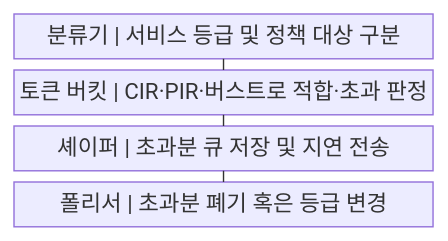
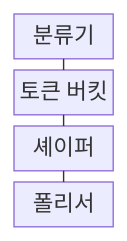
Before and after one commit to agnusdei1207/knowledge-base: the first of 2 diagrams in src/content/docs/notes/04-network/073_traffic_shaping_policing.md, drawn with Mermaid. The commit also changed 122 other files, not shown here.

````diff
--- a/src/content/docs/notes/04-network/073_traffic_shaping_policing.md
+++ b/src/content/docs/notes/04-network/073_traffic_shaping_policing.md
@@ -57,11 +57,11 @@
 ```mermaid
-block
+block-beta
     columns 1
-    A["분류기 | 서비스 등급 및 정책 대상 구분"]
-    B["토큰 버킷 | CIR·PIR·버스트로 적합·초과 판정"]
-    C["셰이퍼 | 초과분 큐 저장 및 지연 전송"]
-    D["폴리서 | 초과분 폐기 혹은 등급 변경"]
+    A["분류기"]
+    B["토큰 버킷"]
+    C["셰이퍼"]
+    D["폴리서"]
     A --- B
     B --- C
     C --- D
 ```
````
